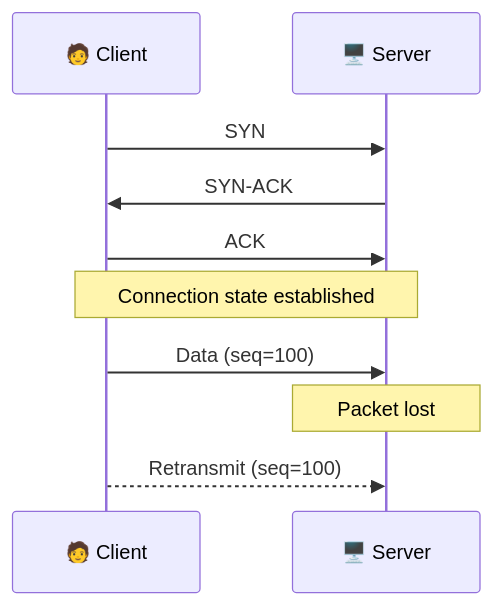
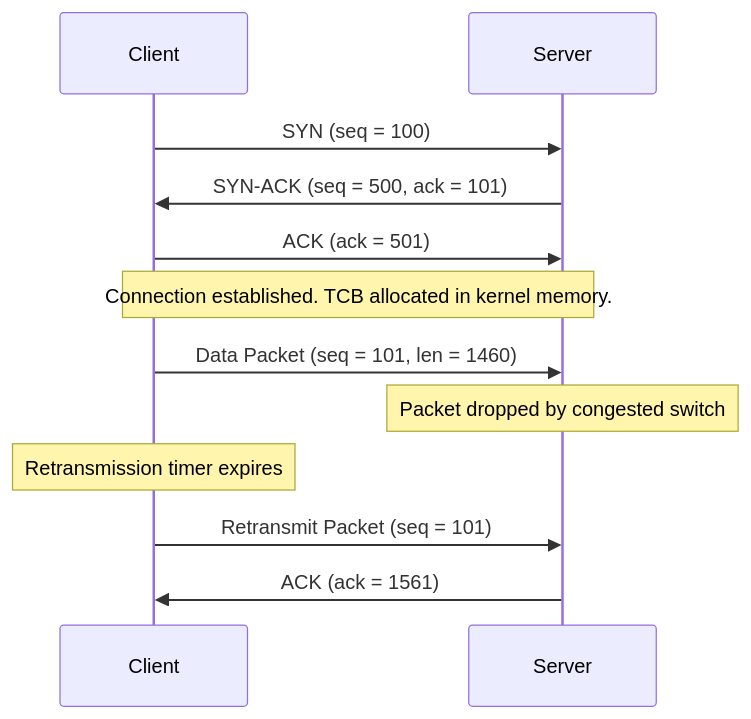
One commit to subrotokumar/pages changed the second of 4 diagrams in docs/system_design/deep_dive/networking.md. Above: the diagram before and after it, drawn with Mermaid. The commit also changed other lines of this file and 15 other files, not shown here.

Commit message:
docs: enhance applied ai architecture notes and documentation structure

````diff
--- a/docs/system_design/deep_dive/networking.md
+++ b/docs/system_design/deep_dive/networking.md
@@ -93,14 +57,16 @@
 ```mermaid
 sequenceDiagram
-    participant C as 🧑 Client
-    participant S as 🖥️ Server
+    participant Client
+    participant Server
 
-    C->>S: SYN
-    S->>C: SYN-ACK
-    C->>S: ACK
-    Note over C,S: Connection state established
+    Client->>Server: SYN (seq = 100)
+    Server->>Client: SYN-ACK (seq = 500, ack = 101)
+    Client->>Server: ACK (ack = 501)
+    Note over Client,Server: Connection established. TCB allocated in kernel memory.
 
-    C->>S: Data (seq=100)
-    Note over S: Packet lost
-    C-->>S: Retransmit (seq=100)
+    Client->>Server: Data Packet (seq = 101, len = 1460)
+    Note over Server: Packet dropped by congested switch
+    Note over Client: Retransmission timer expires
+    Client->>Server: Retransmit Packet (seq = 101)
+    Server->>Client: ACK (ack = 1561)
 ```
````
